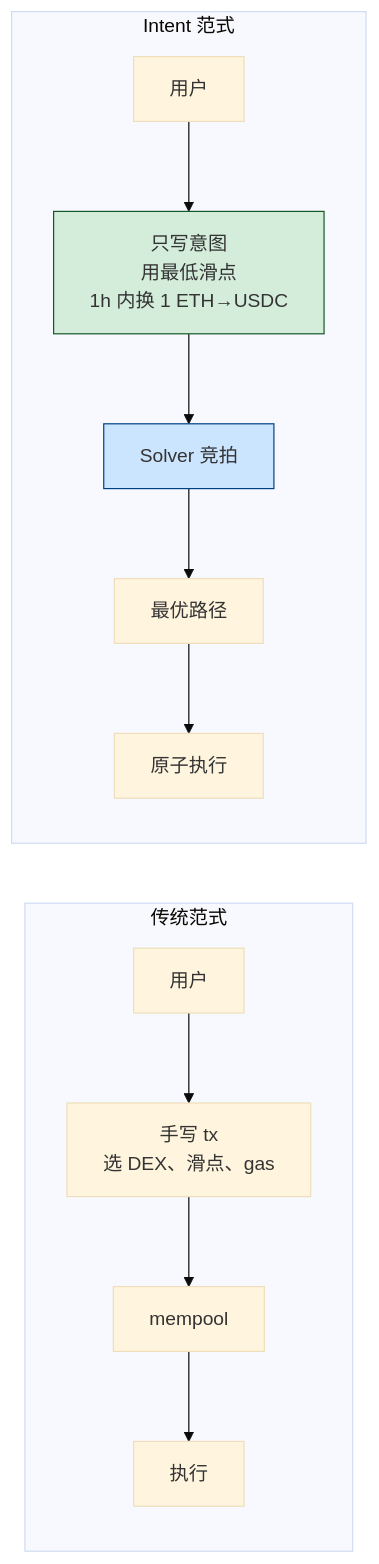
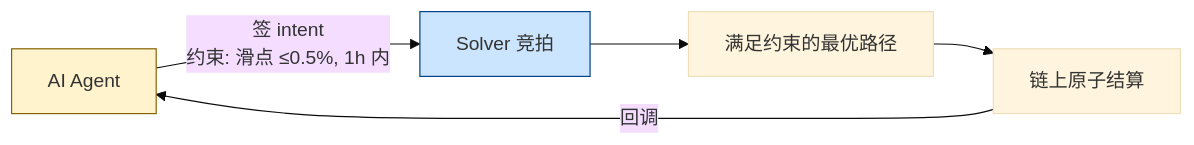
Before and after one commit to ChuwuYo/misc-files: the tenth of 10 diagrams in web3-engineer-guide/12-AI×Web3/README.md, drawn with Mermaid (base theme). The commit also changed other lines of this file and 211 other files, not shown here.

````diff
--- a/web3-engineer-guide/12-AI×Web3/README.md
+++ b/web3-engineer-guide/12-AI×Web3/README.md
@@ -898,16 +845,9 @@
 ```mermaid
 flowchart LR
-    subgraph Old[传统范式]
-        U1[用户] --> T1[手写 tx<br/>选 DEX、滑点、gas]
-        T1 --> M1[mempool] --> EX1[执行]
-    end
-
-    subgraph New[Intent 范式]
-        U2[用户] --> I[只写意图<br/>用最低滑点<br/>1h 内换 1 ETH→USDC]
-        I --> SS[Solver 竞拍] --> M2[最优路径]
-        M2 --> EX2[原子执行]
-    end
-
-    style I fill:#d4edda,stroke:#155724
-    style SS fill:#cce5ff,stroke:#004085
+    A[AI Agent] -->|签 intent<br/>约束: 滑点 ≤0.5%, 1h 内| B[Solver 竞拍]
+    B --> C[满足约束的最优路径]
+    C --> D[链上原子结算]
+    D -->|回调| A
+    style A fill:#fff3cd,stroke:#856404
+    style B fill:#cce5ff,stroke:#004085
 ```
````
